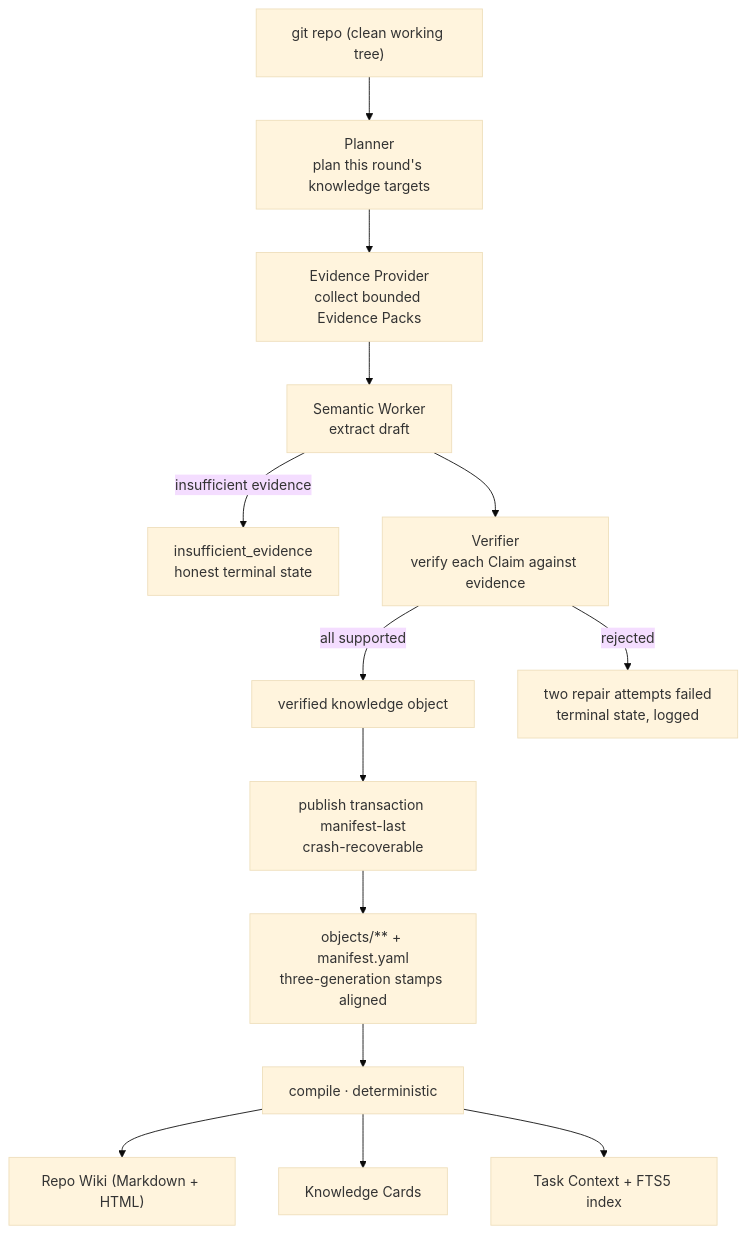
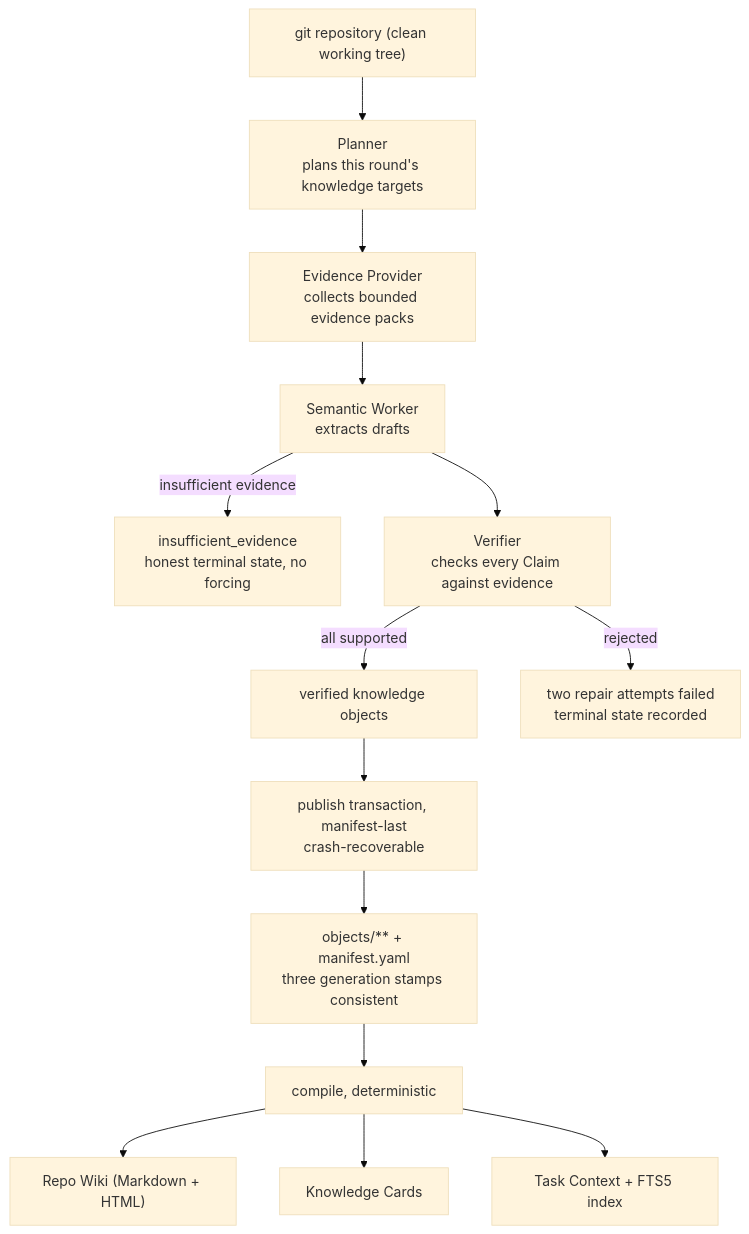
One commit to davyzhong/CodeWiki changed the third of 4 diagrams in README.en.md. Above: the diagram before and after it, drawn with Mermaid (base theme). The commit also changed other lines of this file and 1 other file, not shown here.

````diff
--- a/README.en.md
+++ b/README.en.md
@@ -159,16 +227,16 @@
 ```mermaid
 flowchart TD
-    R["git repo (clean working tree)"] --> P["Planner<br/>plan this round's knowledge targets"]
-    P --> EP["Evidence Provider<br/>collect bounded Evidence Packs"]
-    EP --> W["Semantic Worker<br/>extract draft"]
-    W -->|"insufficient evidence"| IE["insufficient_evidence<br/>honest terminal state"]
-    W --> V["Verifier<br/>verify each Claim against evidence"]
-    V -->|"all supported"| OK["verified knowledge object"]
-    V -->|"rejected"| REJ["two repair attempts failed<br/>terminal state, logged"]
-    OK --> M["publish transaction manifest-last<br/>crash-recoverable"]
-    M --> OBJ["objects/** + manifest.yaml<br/>three-generation stamps aligned"]
-    OBJ --> C["compile · deterministic"]
+    R["git repository (clean working tree)"] --> P["Planner<br/>plans this round's knowledge targets"]
+    P --> EP["Evidence Provider<br/>collects bounded evidence packs"]
+    EP --> W["Semantic Worker<br/>extracts drafts"]
+    W -->|"insufficient evidence"| IE["insufficient_evidence<br/>honest terminal state, no forcing"]
+    W --> V["Verifier<br/>checks every Claim against evidence"]
+    V -->|"all supported"| OK["verified knowledge objects"]
+    V -->|"rejected"| REJ["two repair attempts failed<br/>terminal state recorded"]
+    OK --> M["publish transaction, manifest-last<br/>crash-recoverable"]
+    M --> OBJ["objects/** + manifest.yaml<br/>three generation stamps consistent"]
+    OBJ --> C["compile, deterministic"]
     C --> W1["Repo Wiki (Markdown + HTML)"]
     C --> W2["Knowledge Cards"]
     C --> W3["Task Context + FTS5 index"]
 ```
````
